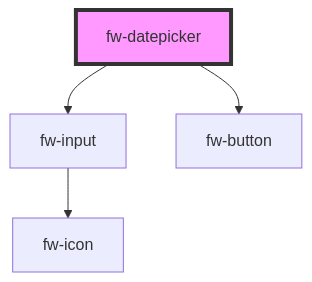
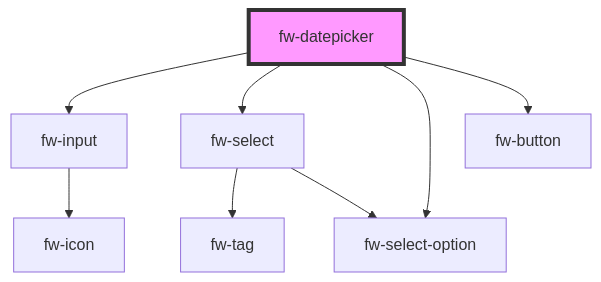
The diagram in src/components/datepicker/readme.md (freshworks/crayons), drawn with Mermaid before and after one commit. The commit also changed other lines of this file and 10 other files, not shown here.

````diff
--- a/src/components/datepicker/readme.md
+++ b/src/components/datepicker/readme.md
@@ -37,7 +39,11 @@
 ```mermaid
 graph TD;
   fw-datepicker --> fw-input
+  fw-datepicker --> fw-select
+  fw-datepicker --> fw-select-option
   fw-datepicker --> fw-button
   fw-input --> fw-icon
+  fw-select --> fw-tag
+  fw-select --> fw-select-option
   style fw-datepicker fill:#f9f,stroke:#333,stroke-width:4px
 ```
````
